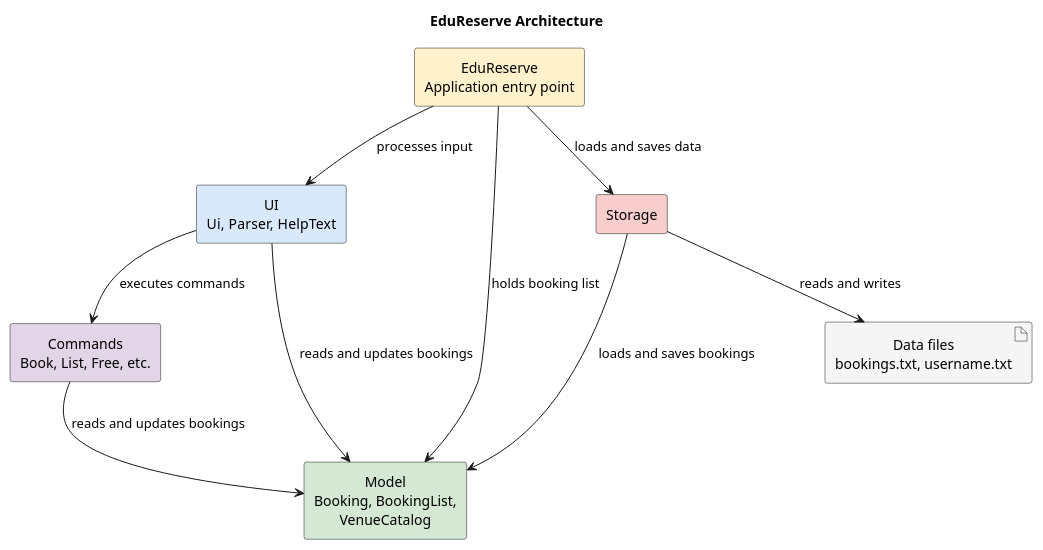
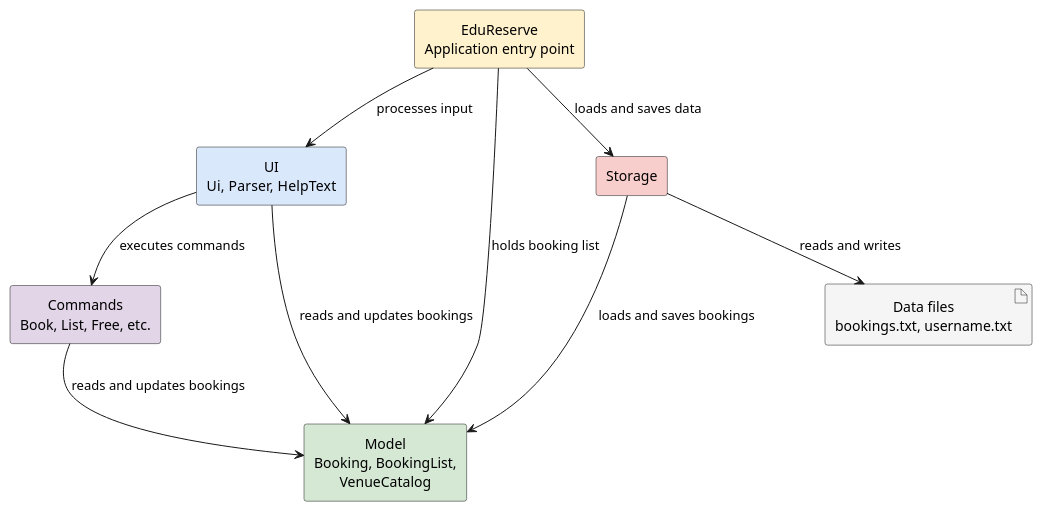
Before and after one commit to AY2627S1-CS2113-W14-2/tp: the diagram in docs/UMLDiagrams/ArchitectureDiagram.puml, drawn with PlantUML. The commit also changed 3 other files, not shown here.

```diff
--- a/docs/UMLDiagrams/ArchitectureDiagram.puml
+++ b/docs/UMLDiagrams/ArchitectureDiagram.puml
@@ -1,27 +1,26 @@
 @startuml
-title EduReserve Architecture
 
 skinparam componentStyle rectangle
 skinparam shadowing false
 skinparam defaultTextAlignment center
 top to bottom direction
 
 component "EduReserve\nApplication entry point" as App #FFF2CC
 component "UI\nUi, Parser, HelpText" as UI #DAE8FC
 component "Commands\nBook, List, Free, etc." as Commands #E1D5E7
 component "Model\nBooking, BookingList,\nVenueCatalog" as Model #D5E8D4
 component "Storage" as Storage #F8CECC
 artifact "Data files\nbookings.txt, username.txt" as Files #F5F5F5
 
 App --> UI : processes input
 App --> Storage : loads and saves data
 App --> Model : holds booking list
 
 UI --> Commands : executes commands
 UI --> Model : reads and updates bookings
 
 Commands --> Model : reads and updates bookings
 Storage --> Model : loads and saves bookings
 Storage --> Files : reads and writes
 
 @enduml
```
